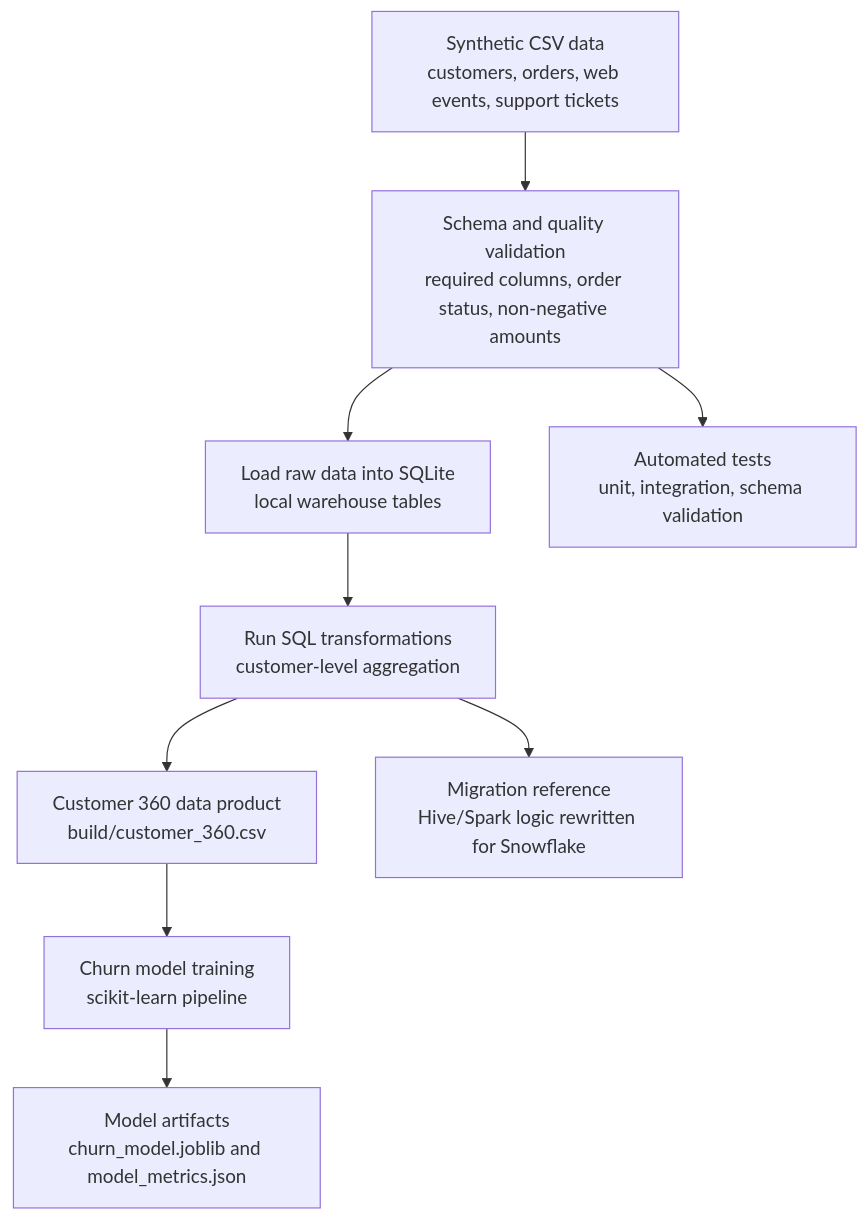
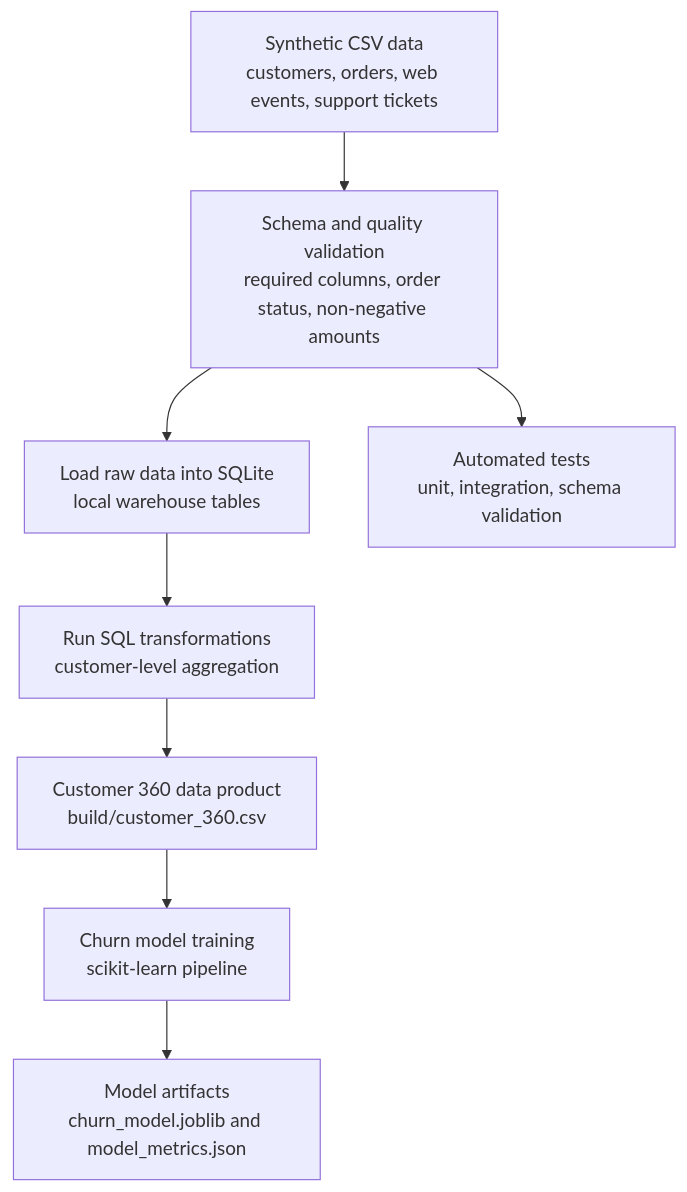
Before and after one commit to MiteshChakma/Data_engineering: the diagram in customer360-data-engineering-demo/README.md, drawn with Mermaid. The commit also changed other lines of this file and 2 other files, not shown here.

````diff
--- a/customer360-data-engineering-demo/README.md
+++ b/customer360-data-engineering-demo/README.md
@@ -90,11 +89,10 @@
 ```mermaid
 flowchart TD
     A["Synthetic CSV data<br/>customers, orders, web events, support tickets"] --> B["Schema and quality validation<br/>required columns, order status, non-negative amounts"]
     B --> C["Load raw data into SQLite<br/>local warehouse tables"]
     C --> D["Run SQL transformations<br/>customer-level aggregation"]
     D --> E["Customer 360 data product<br/>build/customer_360.csv"]
     E --> F["Churn model training<br/>scikit-learn pipeline"]
     F --> G["Model artifacts<br/>churn_model.joblib and model_metrics.json"]
-    D --> H["Migration reference<br/>Hive/Spark logic rewritten for Snowflake"]
     B --> I["Automated tests<br/>unit, integration, schema validation"]
 ```
````
